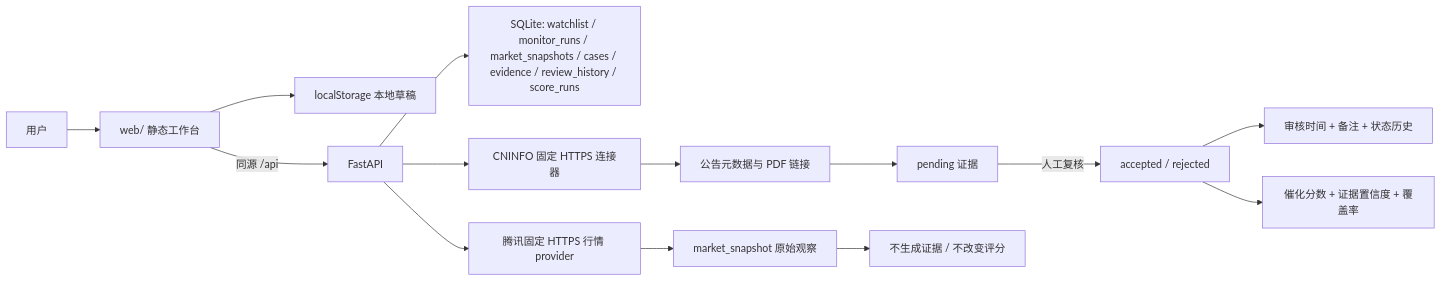
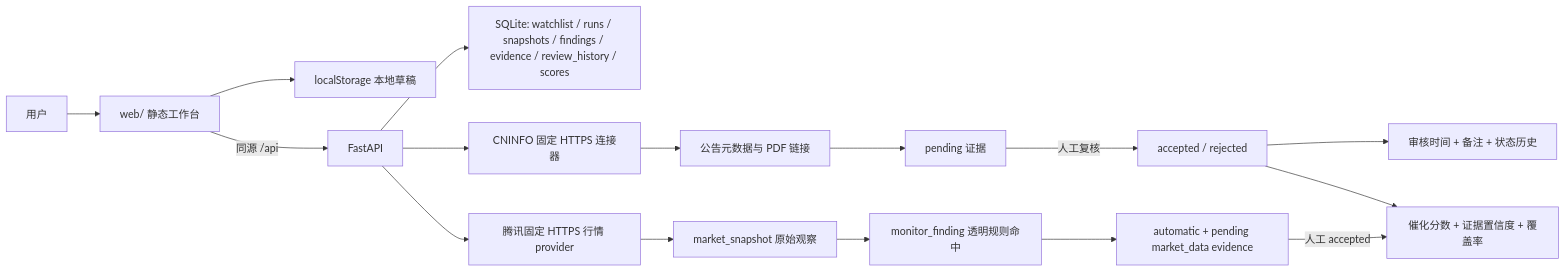
One commit to dongpen-max/A-Share-Catalyst-Lens changed the diagram in HANDOFF.md. Above: the diagram before and after it, drawn with Mermaid. The commit also changed other lines of this file and 11 other files, not shown here.

Commit message:
Add transparent monitor finding workflow

````diff
--- a/HANDOFF.md
+++ b/HANDOFF.md
@@ -124,16 +126,18 @@
 ```mermaid
 flowchart LR
     U["用户"] --> W["web/ 静态工作台"]
     W --> L["localStorage 本地草稿"]
     W -->|"同源 /api"| A["FastAPI"]
-    A --> D["SQLite: watchlist / monitor_runs / market_snapshots / cases / evidence / review_history / score_runs"]
+    A --> D["SQLite: watchlist / runs / snapshots / findings / evidence / review_history / scores"]
     A --> C["CNINFO 固定 HTTPS 连接器"]
     C --> P["公告元数据与 PDF 链接"]
     P --> E["pending 证据"]
     E -->|"人工复核"| X["accepted / rejected"]
     X --> H["审核时间 + 备注 + 状态历史"]
     X --> S["催化分数 + 证据置信度 + 覆盖率"]
     A --> T["腾讯固定 HTTPS 行情 provider"]
     T --> M["market_snapshot 原始观察"]
-    M --> N["不生成证据 / 不改变评分"]
+    M --> F["monitor_finding 透明规则命中"]
+    F --> Q["automatic + pending market_data evidence"]
+    Q -->|"人工 accepted"| S
 ```
````
